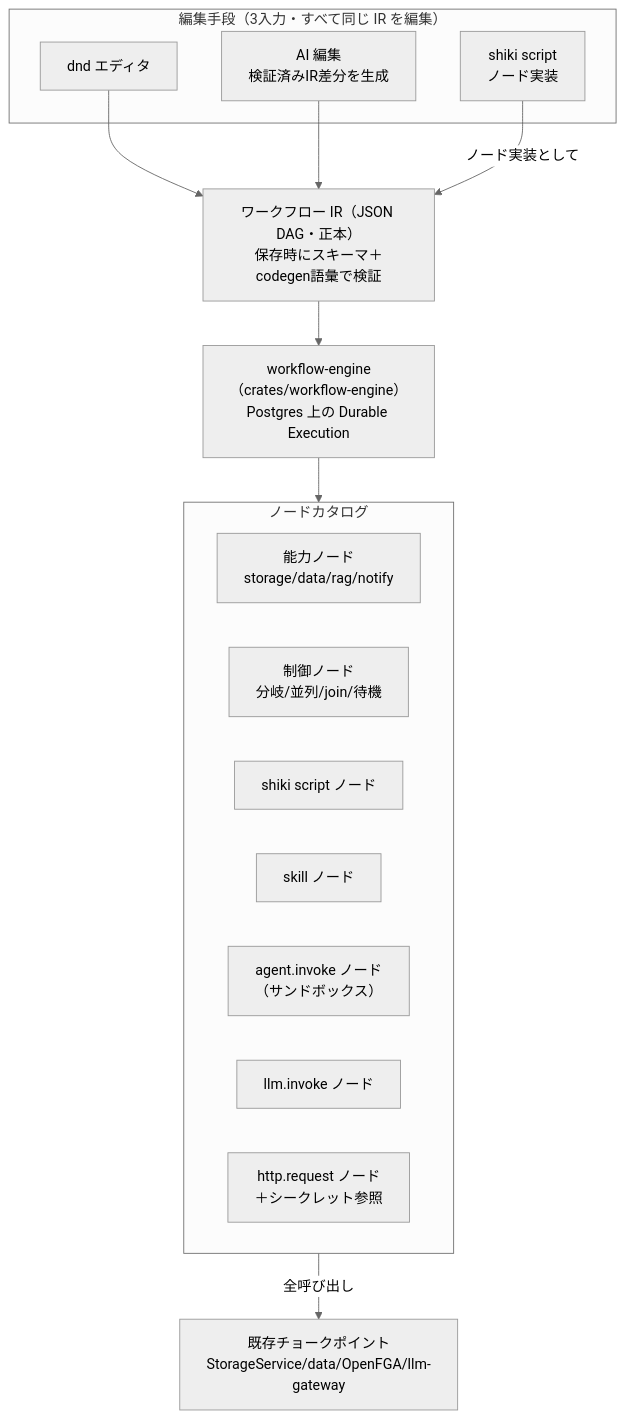
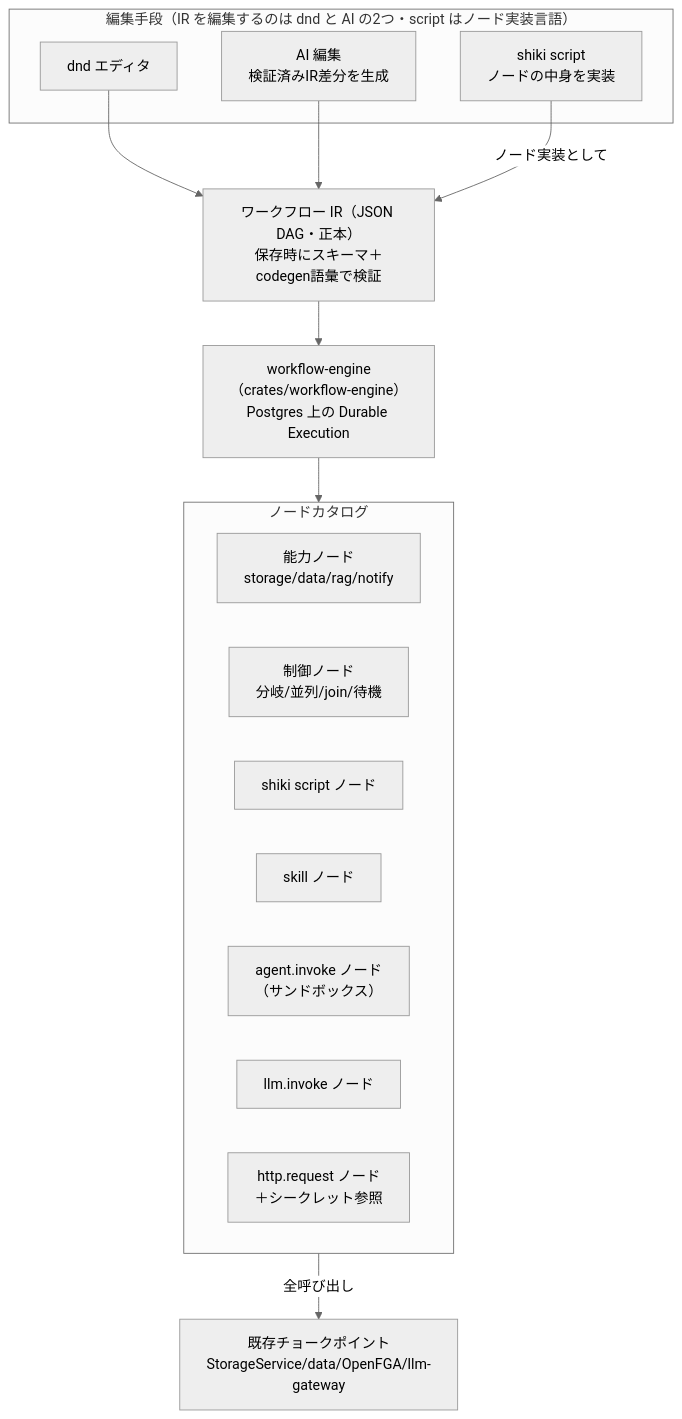
One commit to imanect-labs/shiki-platform changed the diagram in docs/miniapp-platform.md. Above: the diagram before and after it, drawn with Mermaid (neutral theme). The commit also changed other lines of this file and 8 other files, not shown here.

````diff
--- a/docs/miniapp-platform.md
+++ b/docs/miniapp-platform.md
@@ -23,24 +23,24 @@
 ```mermaid
 flowchart TB
-  subgraph Edit["編集手段（3入力・すべて同じ IR を編集）"]
+  subgraph Edit["編集手段（IR を編集するのは dnd と AI の2つ・script はノード実装言語）"]
     DND[dnd エディタ]
     AIED[AI 編集<br/>検証済みIR差分を生成]
-    CODE[shiki script<br/>ノード実装]
+    CODE[shiki script<br/>ノードの中身を実装]
   end
   IR["ワークフロー IR（JSON DAG・正本）<br/>保存時にスキーマ＋codegen語彙で検証"]
   ENG["workflow-engine（crates/workflow-engine）<br/>Postgres 上の Durable Execution"]
   subgraph Nodes["ノードカタログ"]
     CAP["能力ノード<br/>storage/data/rag/notify"]
     CTRL["制御ノード<br/>分岐/並列/join/待機"]
     SS[shiki script ノード]
     SKN["skill ノード"]
     AIN["agent.invoke ノード<br/>（サンドボックス）"]
     LLMN["llm.invoke ノード"]
     HTTP["http.request ノード<br/>＋シークレット参照"]
   end
   DND --> IR
   AIED --> IR
   CODE -->|ノード実装として| IR
   IR --> ENG --> Nodes
   Nodes -->|全呼び出し| CHOKE["既存チョークポイント<br/>StorageService/data/OpenFGA/llm-gateway"]
 ```
````
